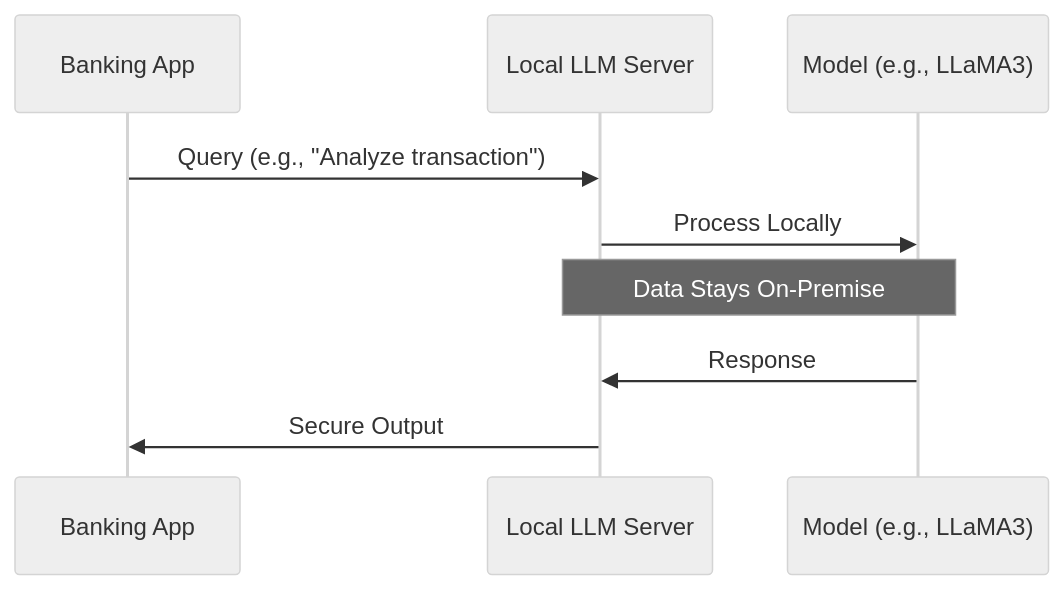
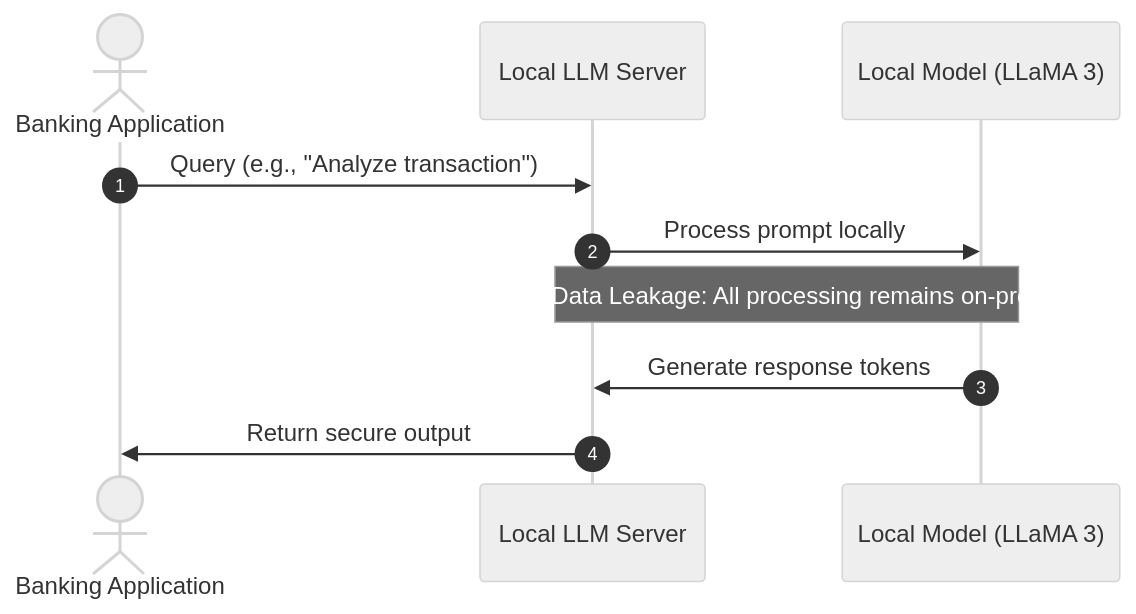
Before and after one commit to Rhythamtech/rhythamnegi: the third of 3 diagrams in src/content/blog/llm-with-data-privacy/index.md, drawn with Mermaid (neutral theme). The commit also changed other lines of this file and 11 other files, not shown here.

Commit message:
feat: integrate mermaid diagrams and upgrade astro dependencies

````diff
--- a/src/content/blog/llm-with-data-privacy/index.md
+++ b/src/content/blog/llm-with-data-privacy/index.md
@@ -78,11 +81,13 @@
 ```mermaid
 sequenceDiagram
-    participant B as Banking App
-    participant L as Local LLM Server
-    participant M as Model (e.g., LLaMA3)
-    B->>L: Query (e.g., "Analyze transaction")
-    L->>M: Process Locally
-    Note over L,M: Data Stays On-Premise
-    M->>L: Response
-    L->>B: Secure Output
+    autonumber
+    actor App as Banking Application
+    participant Server as Local LLM Server
+    participant Model as Local Model (LLaMA 3)
+    
+    App->>Server: Query (e.g., "Analyze transaction")
+    Server->>Model: Process prompt locally
+    Note over Server,Model: Zero-Data Leakage: All processing remains on-premise
+    Model->>Server: Generate response tokens
+    Server->>App: Return secure output
 ```
````
